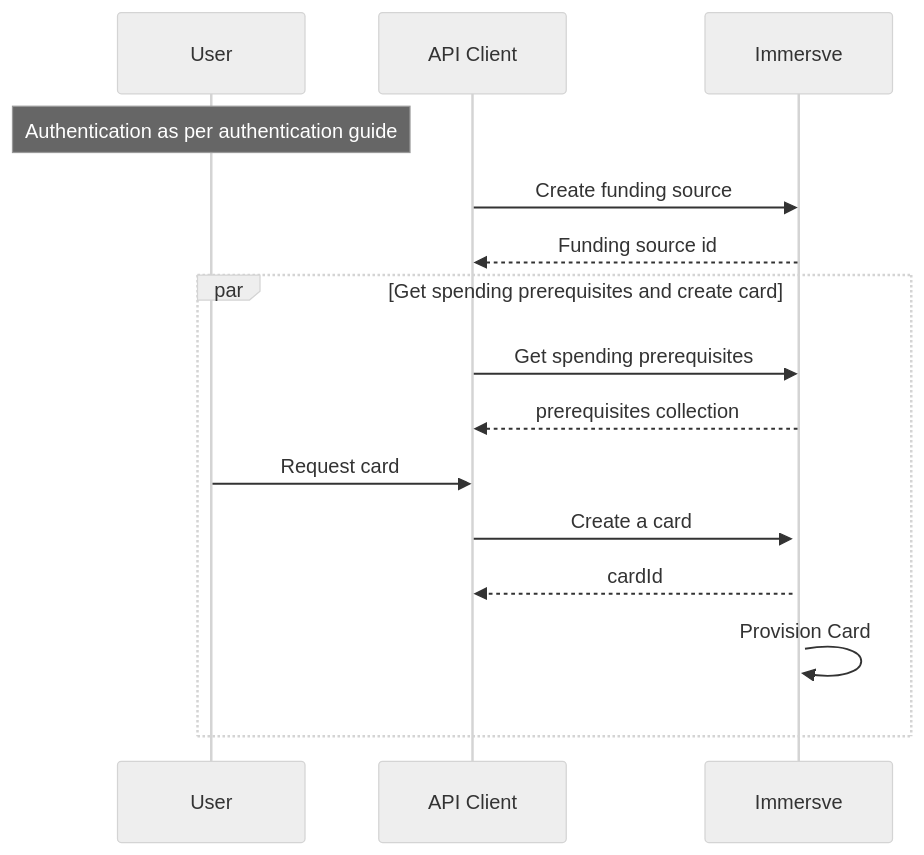
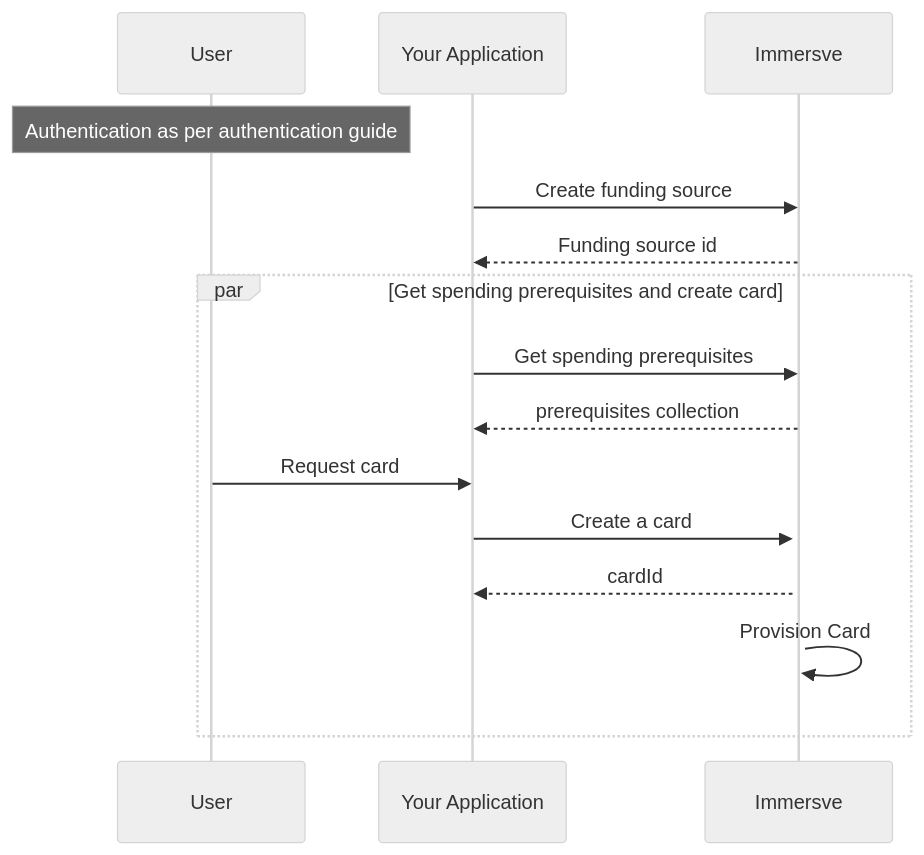
The diagram in docs/guides/issue-a-virtual-card.md (immersve/immersve-docs), drawn with Mermaid (neutral theme) before and after one commit.

Commit message:
changes API Client to Your Application

````diff
--- a/docs/guides/issue-a-virtual-card.md
+++ b/docs/guides/issue-a-virtual-card.md
@@ -54,18 +54,18 @@
 ```mermaid
 sequenceDiagram
     participant U as User
-    participant C as API Client
+    participant C as Your Application
     participant I as Immersve
     note over U: Authentication as per authentication guide
 
     C->>I: Create funding source
     I-->>C: Funding source id
     par Get spending prerequisites and create card
     C->>I: Get spending prerequisites
     I-->>C: prerequisites collection
     U->>C: Request card
     C->>+I: Create a card
     I-->>C: cardId
     I->>I: Provision Card
     end
 ```
````
